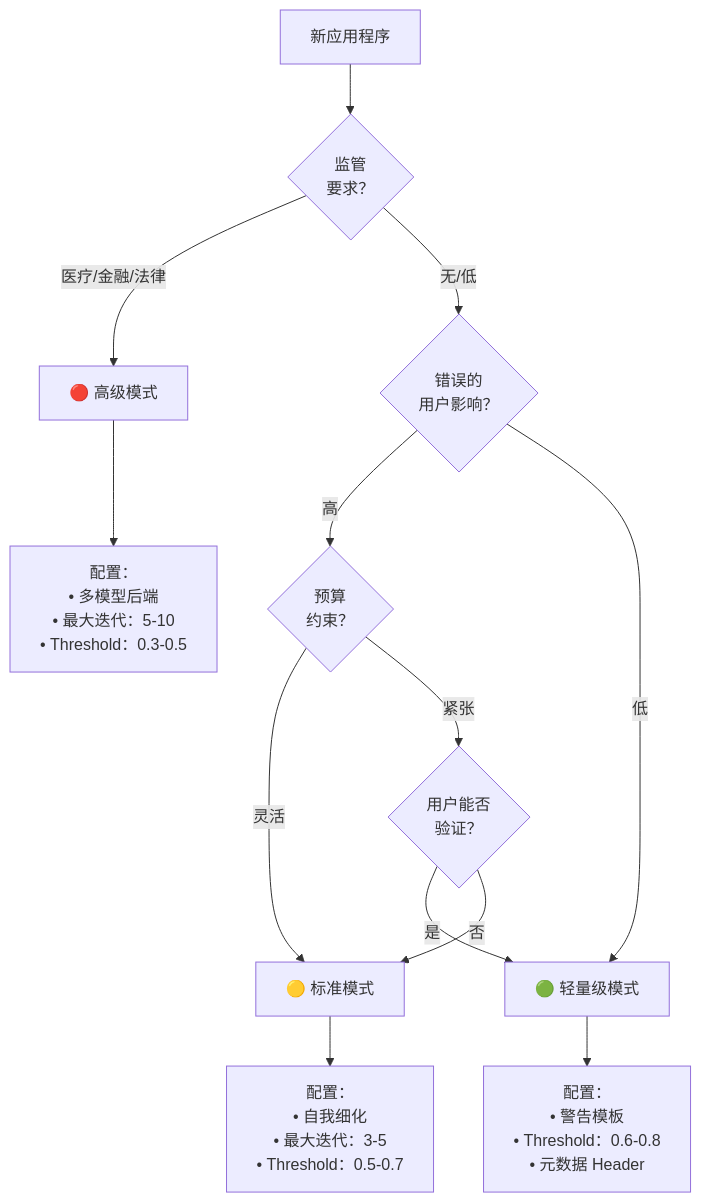
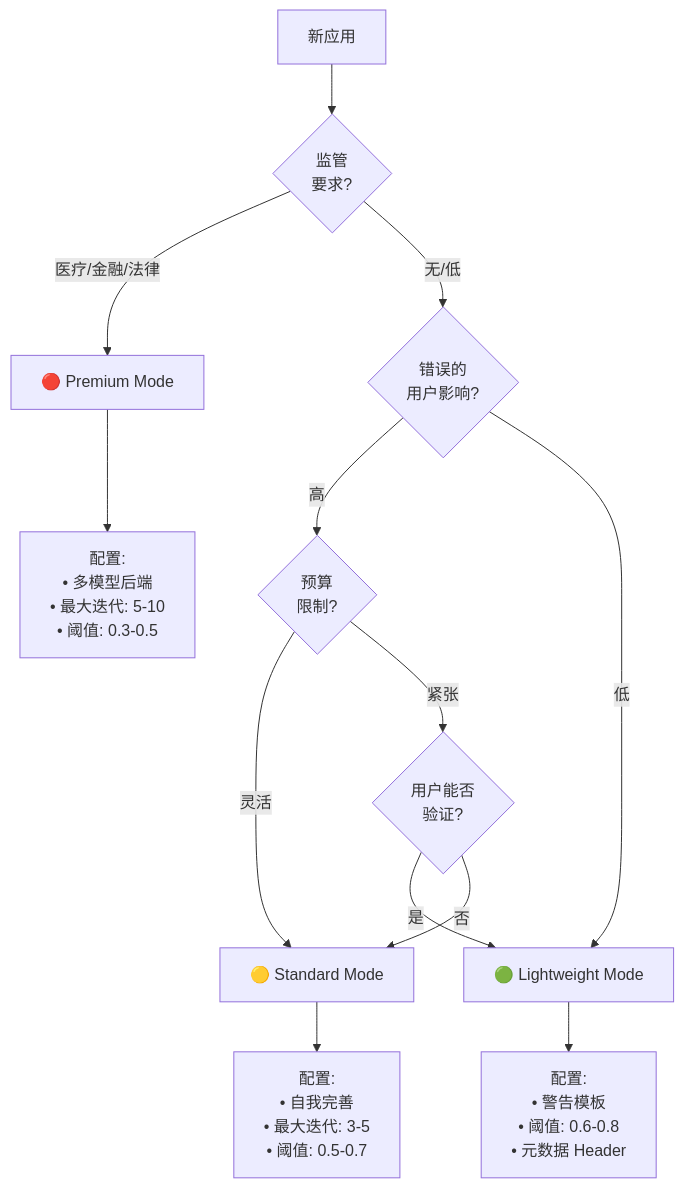
One commit to vllm-project/semantic-router changed the sixth of 7 diagrams in website/i18n/zh-Hans/docusaurus-plugin-content-docs/current/proposals/hallucination-mitigation-milestone.md. Above: the diagram before and after it, drawn with Mermaid. The commit also changed other lines of this file and 1 other file, not shown here.

````diff
--- a/website/i18n/zh-Hans/docusaurus-plugin-content-docs/current/proposals/hallucination-mitigation-milestone.md
+++ b/website/i18n/zh-Hans/docusaurus-plugin-content-docs/current/proposals/hallucination-mitigation-milestone.md
@@ -566,22 +567,22 @@
 ```mermaid
 flowchart TD
-    START[新应用程序] --> Q1{监管<br/>要求？}
+    START[新应用] --> Q1{监管<br/>要求?}
 
-    Q1 -->|医疗/金融/法律| P[🔴 高级模式]
-    Q1 -->|无/低| Q2{错误的<br/>用户影响？}
+    Q1 -->|医疗/金融/法律| P[🔴 Premium Mode]
+    Q1 -->|无/低| Q2{错误的<br/>用户影响?}
 
-    Q2 -->|高| Q3{预算<br/>约束？}
-    Q2 -->|低| L[🟢 轻量级模式]
+    Q2 -->|高| Q3{预算<br/>限制?}
+    Q2 -->|低| L[🟢 Lightweight Mode]
 
-    Q3 -->|灵活| S[🟡 标准模式]
-    Q3 -->|紧张| Q4{用户能否<br/>验证？}
+    Q3 -->|灵活| S[🟡 Standard Mode]
+    Q3 -->|紧张| Q4{用户能否<br/>验证?}
 
     Q4 -->|是| L
     Q4 -->|否| S
 
-    P --> CONFIG_P[配置：<br/>• 多模型后端<br/>• 最大迭代：5-10<br/>• Threshold：0.3-0.5]
+    P --> CONFIG_P[配置:<br/>• 多模型后端<br/>• 最大迭代: 5-10<br/>• 阈值: 0.3-0.5]
 
-    S --> CONFIG_S[配置：<br/>• 自我细化<br/>• 最大迭代：3-5<br/>• Threshold：0.5-0.7]
+    S --> CONFIG_S[配置:<br/>• 自我完善<br/>• 最大迭代: 3-5<br/>• 阈值: 0.5-0.7]
 
-    L --> CONFIG_L[配置：<br/>• 警告模板<br/>• Threshold：0.6-0.8<br/>• 元数据 Header]
+    L --> CONFIG_L[配置:<br/>• 警告模板<br/>• 阈值: 0.6-0.8<br/>• 元数据 Header]
 ```
````
